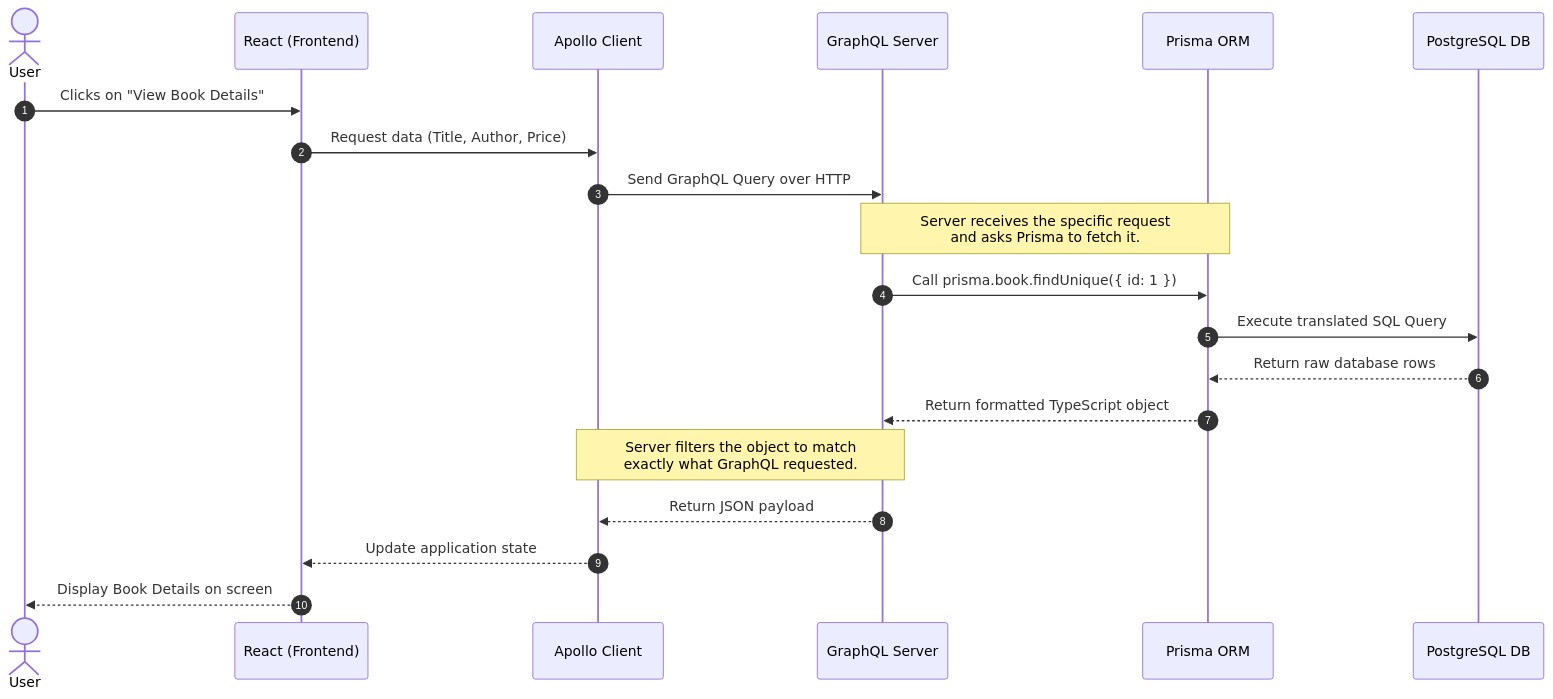
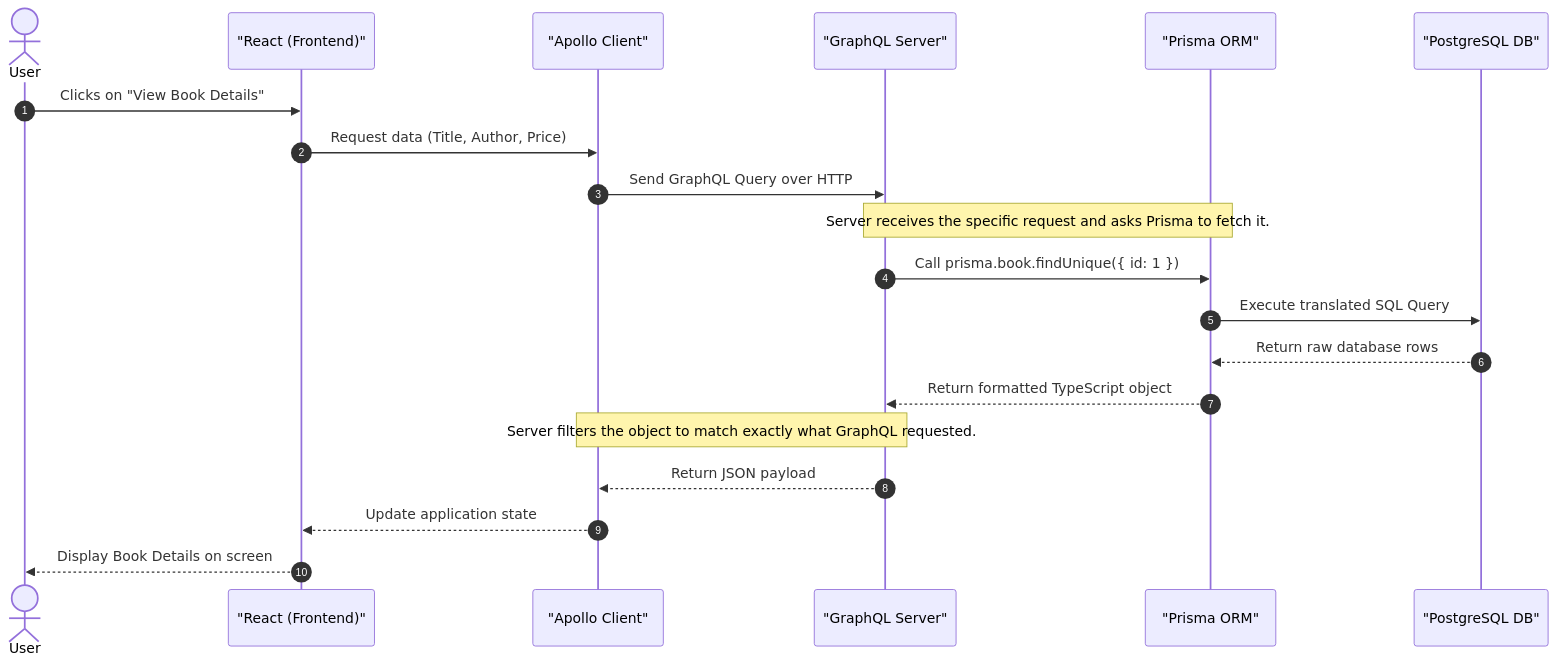
The diagram in README.md (limbuamardeep/bookstore), drawn with Mermaid before and after one commit.

````diff
--- a/README.md
+++ b/README.md
@@ -34,27 +34,27 @@
 ```mermaid
 sequenceDiagram
     autonumber
     actor User
-    participant Frontend as React (Frontend)
-    participant Apollo as Apollo Client
-    participant Server as GraphQL Server
-    participant Prisma as Prisma ORM
-    participant DB as PostgreSQL DB
+    participant Frontend as "React (Frontend)"
+    participant Apollo as "Apollo Client"
+    participant Server as "GraphQL Server"
+    participant Prisma as "Prisma ORM"
+    participant DB as "PostgreSQL DB"
 
     User->>Frontend: Clicks on "View Book Details"
     Frontend->>Apollo: Request data (Title, Author, Price)
     Apollo->>Server: Send GraphQL Query over HTTP
     
-    Note over Server,Prisma: Server receives the specific request<br/>and asks Prisma to fetch it.
+    Note over Server,Prisma: Server receives the specific request and asks Prisma to fetch it.
     
     Server->>Prisma: Call prisma.book.findUnique({ id: 1 })
     Prisma->>DB: Execute translated SQL Query
     DB-->>Prisma: Return raw database rows
     Prisma-->>Server: Return formatted TypeScript object
     
-    Note over Server,Apollo: Server filters the object to match<br/>exactly what GraphQL requested.
+    Note over Apollo,Server: Server filters the object to match exactly what GraphQL requested.
     
     Server-->>Apollo: Return JSON payload
     Apollo-->>Frontend: Update application state
     Frontend-->>User: Display Book Details on screen
 ```
````
